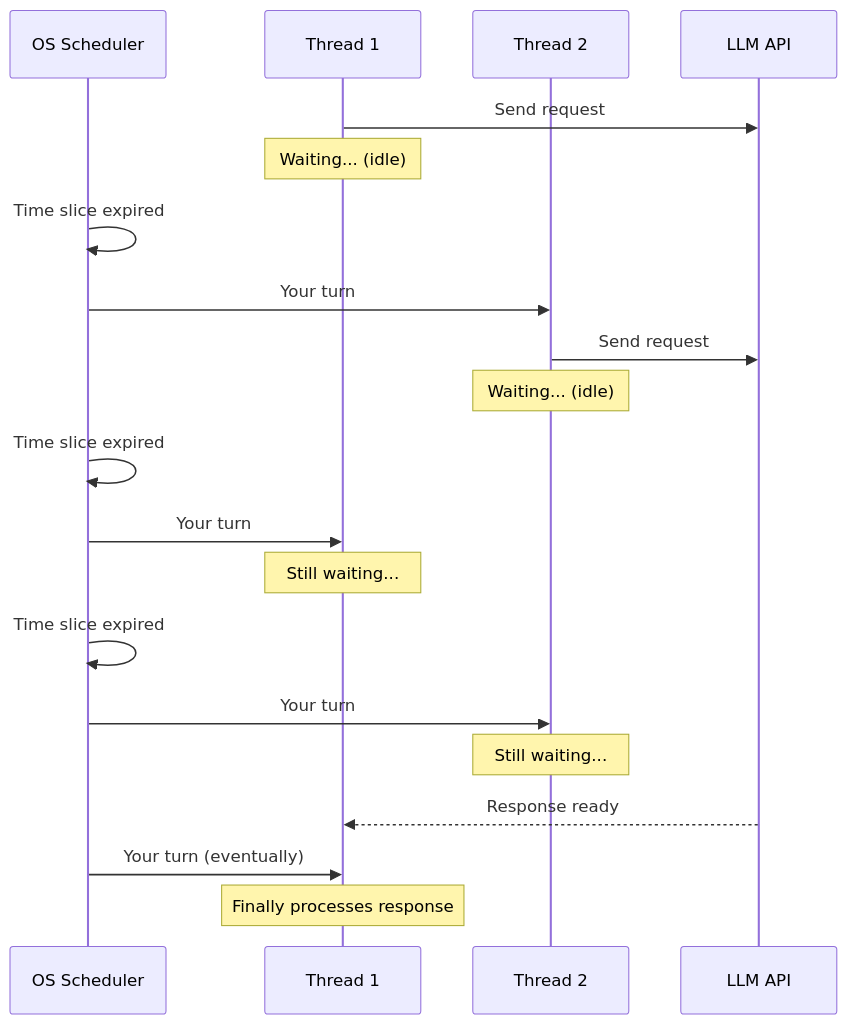
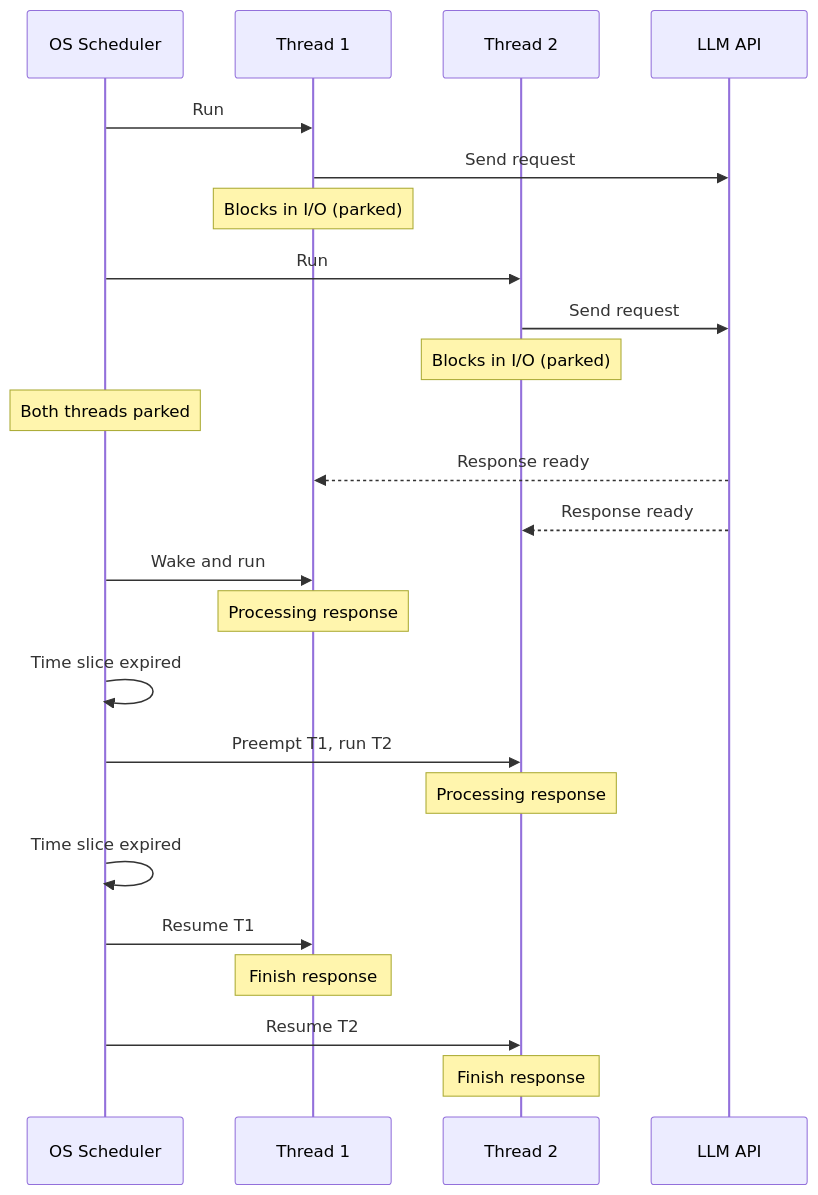
The second of 7 diagrams in _posts/2026-04-28-ruby-concurrency-what-actually-happens.md (crmne/paolino.me), drawn with Mermaid before and after one commit. The commit also changed other lines of this file, not shown here.

```diff
--- a/_posts/2026-04-28-ruby-concurrency-what-actually-happens.md
+++ b/_posts/2026-04-28-ruby-concurrency-what-actually-happens.md
@@ -74,23 +74,27 @@
 <div class="mermaid">
 sequenceDiagram
     participant OS as OS Scheduler
     participant T1 as Thread 1
     participant T2 as Thread 2
     participant LLM as LLM API
 
+    OS->>T1: Run
     T1->>LLM: Send request
-    Note over T1: Waiting... (idle)
+    Note over T1: Blocks in I/O (parked)
+    OS->>T2: Run
+    T2->>LLM: Send request
+    Note over T2: Blocks in I/O (parked)
+    Note over OS: Both threads parked
+    LLM-->>T1: Response ready
+    LLM-->>T2: Response ready
+    OS->>T1: Wake and run
+    Note over T1: Processing response
     OS->>OS: Time slice expired
-    OS->>T2: Your turn
-    T2->>LLM: Send request
-    Note over T2: Waiting... (idle)
+    OS->>T2: Preempt T1, run T2
+    Note over T2: Processing response
     OS->>OS: Time slice expired
-    OS->>T1: Your turn
-    Note over T1: Still waiting...
-    OS->>OS: Time slice expired
-    OS->>T2: Your turn
-    Note over T2: Still waiting...
-    LLM-->>T1: Response ready
-    OS->>T1: Your turn (eventually)
-    Note over T1: Finally processes response
+    OS->>T1: Resume T1
+    Note over T1: Finish response
+    OS->>T2: Resume T2
+    Note over T2: Finish response
 </div>
```
